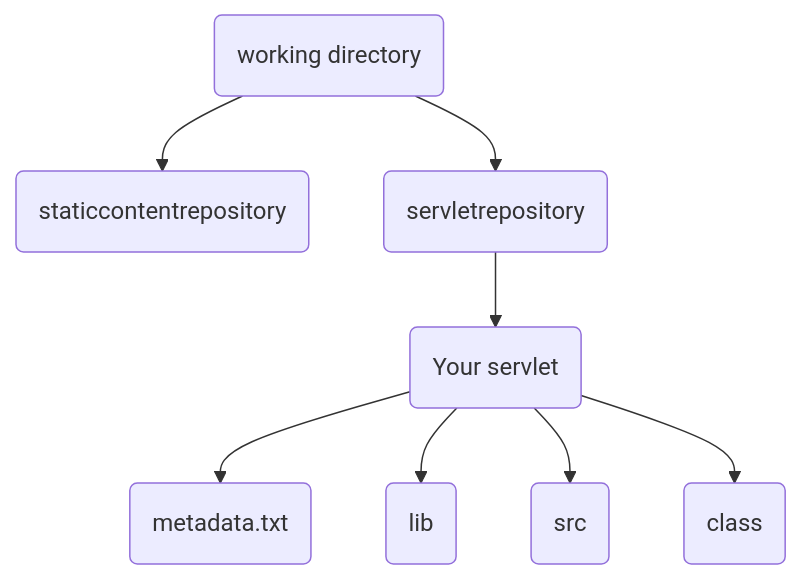
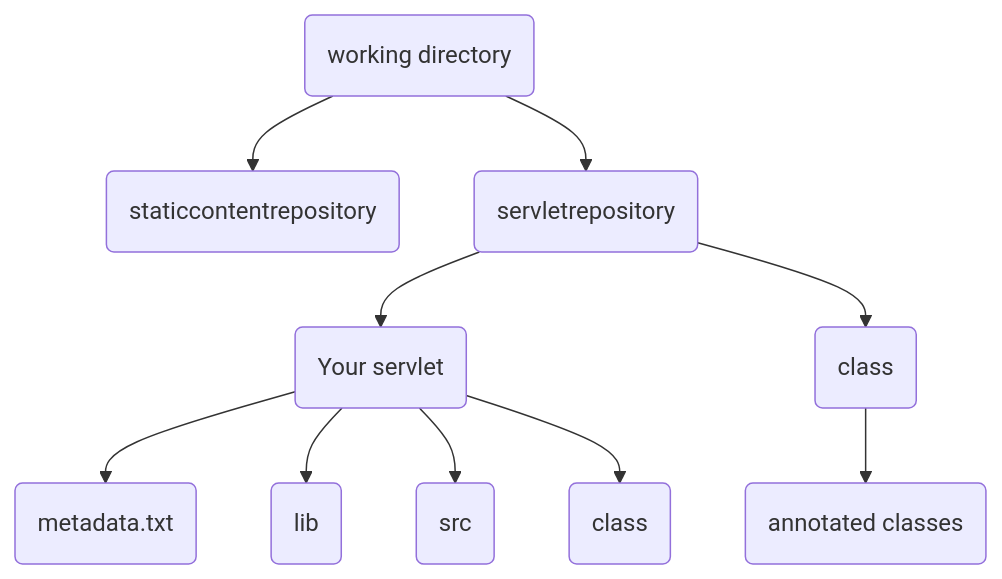
The diagram in README.md (flenz00/TPBSCA), drawn with Mermaid before and after one commit. The commit also changed other lines of this file, not shown here.

````diff
--- a/README.md
+++ b/README.md
@@ -42,10 +41,12 @@
 ```mermaid
 graph TD;
     A(working directory) --> B(staticcontentrepository);
     A(working directory) --> C(servletrepository);
     C(servletrepository) --> D(Your servlet);
     D(Your servlet) --> F(metadata.txt);
     D(Your servlet) --> G(lib);
     D(Your servlet) --> H(src);
     D(Your servlet) --> I(class);
+    C(servletrepository) --> L(class);
+    L(class) --> M(annotated classes); 
 ```
````
